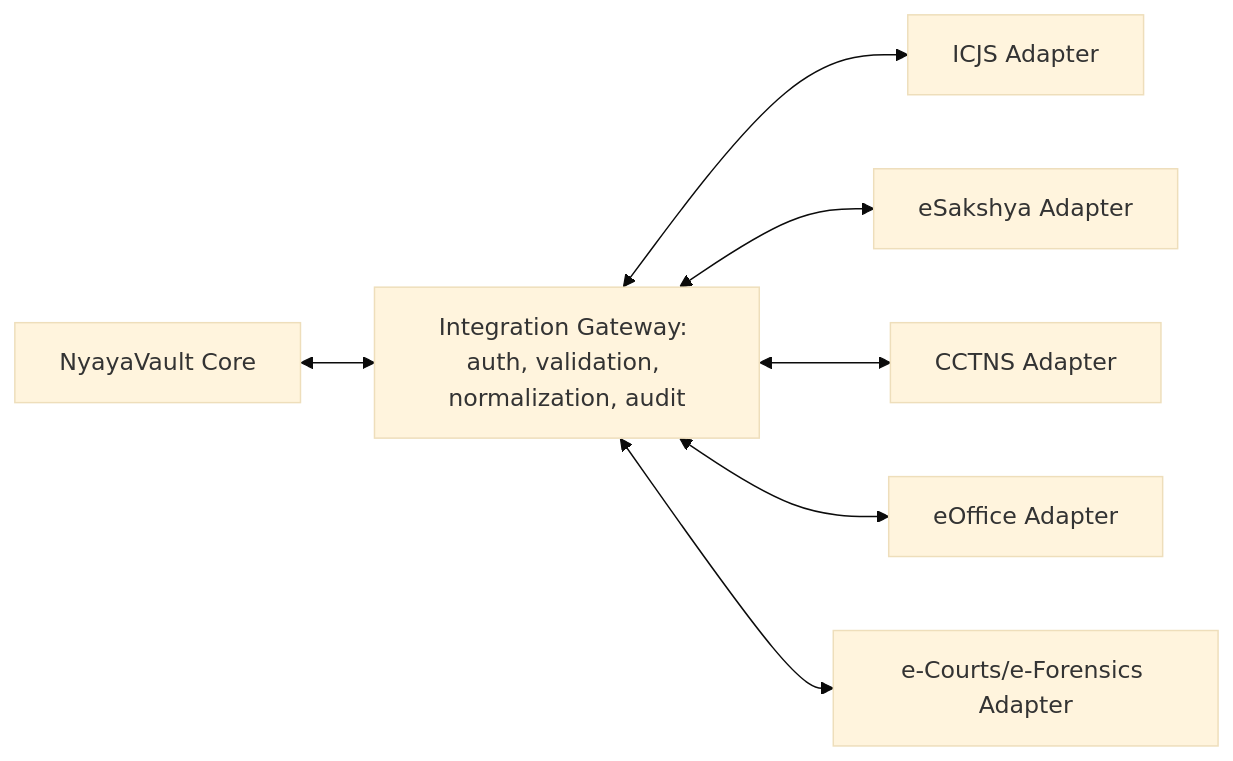
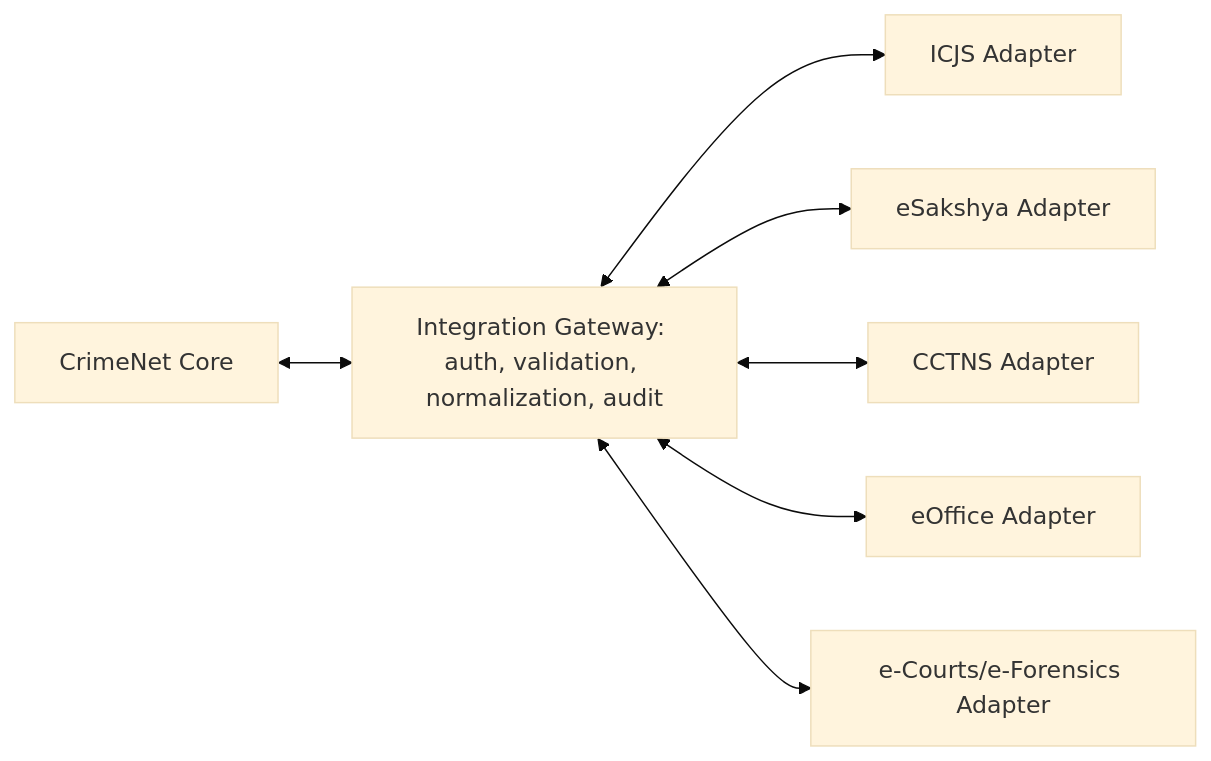
Before and after one commit to eshivansh/CrimeNet: the seventh of 7 diagrams in CrimeNet-Architecture-Plan.md, drawn with Mermaid (base theme). The commit also changed other lines of this file and 19 other files, not shown here.

````diff
--- a/CrimeNet-Architecture-Plan.md
+++ b/CrimeNet-Architecture-Plan.md
@@ -473,9 +473,9 @@
 ```mermaid
 flowchart LR
-    N[NyayaVault Core] <--> G[Integration Gateway: auth, validation, normalization, audit]
+    N[CrimeNet Core] <--> G[Integration Gateway: auth, validation, normalization, audit]
     G <--> I[ICJS Adapter]
     G <--> S[eSakshya Adapter]
     G <--> C[CCTNS Adapter]
     G <--> O[eOffice Adapter]
     G <--> E[e-Courts/e-Forensics Adapter]
 ```
````
